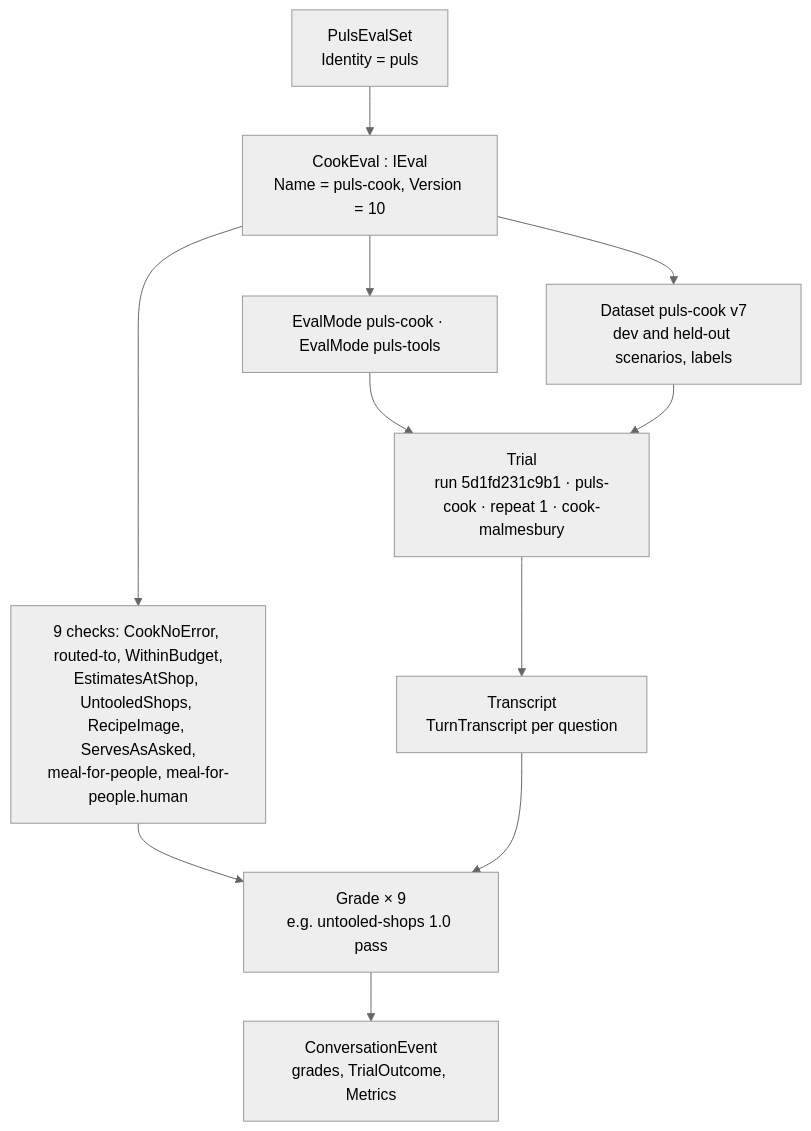
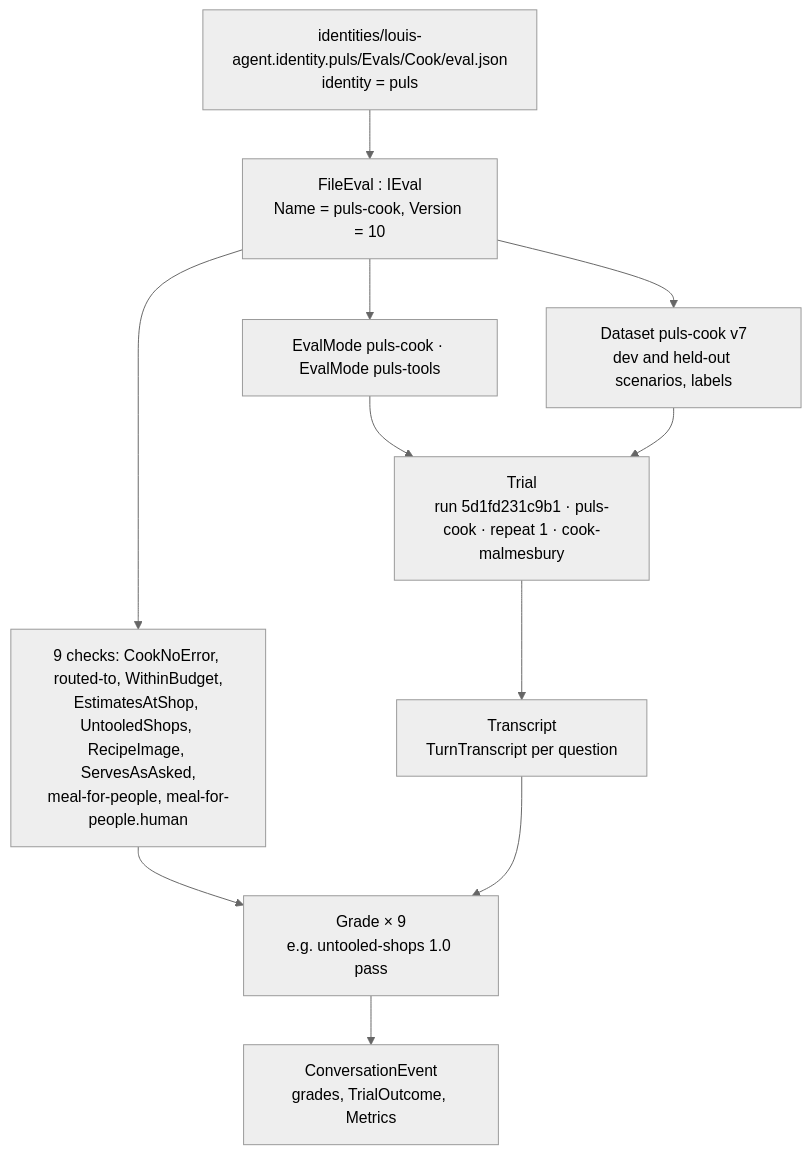
Before and after one commit to bosbevk/louis-agent: the third of 4 diagrams in docs/architecture/evals.md, drawn with Mermaid (neutral theme). The commit also changed other lines of this file and 19 other files, not shown here.

````diff
--- a/docs/architecture/evals.md
+++ b/docs/architecture/evals.md
@@ -182,22 +190,22 @@
 ```mermaid
 flowchart TB
-  set["PulsEvalSet<br/>Identity = puls"]
-  eval["CookEval : IEval<br/>Name = puls-cook, Version = 10"]
+  set["identities/louis-agent.identity.puls/Evals/Cook/eval.json<br/>identity = puls"]
+  eval["FileEval : IEval<br/>Name = puls-cook, Version = 10"]
   modes["EvalMode puls-cook · EvalMode puls-tools"]
   data["Dataset puls-cook v7<br/>dev and held-out scenarios, labels"]
   graders["9 checks: CookNoError, routed-to, WithinBudget,<br/>EstimatesAtShop, UntooledShops, RecipeImage, ServesAsAsked,<br/>meal-for-people, meal-for-people.human"]
   trial["Trial<br/>run 5d1fd231c9b1 · puls-cook · repeat 1 · cook-malmesbury"]
   transcript["Transcript<br/>TurnTranscript per question"]
   grades["Grade × 9<br/>e.g. untooled-shops 1.0 pass"]
   conv["ConversationEvent<br/>grades, TrialOutcome, Metrics"]
   set --> eval
   eval --> modes
   eval --> data
   eval --> graders
   modes --> trial
   data --> trial
   trial --> transcript
   graders --> grades
   transcript --> grades
   grades --> conv
 ```
````
